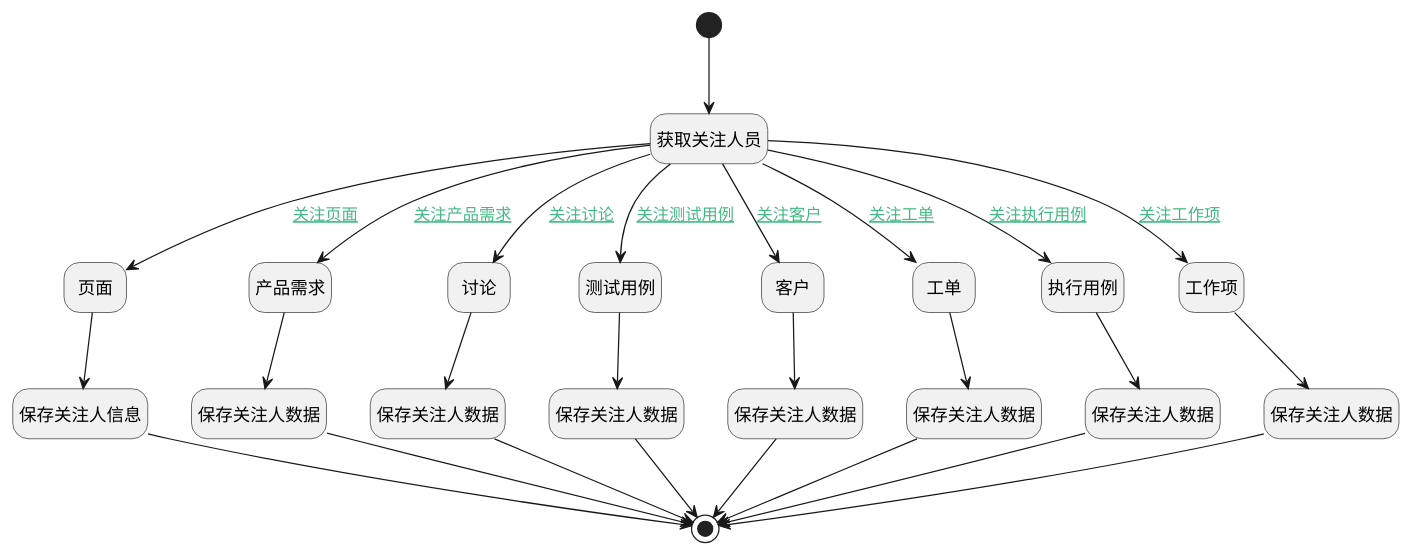
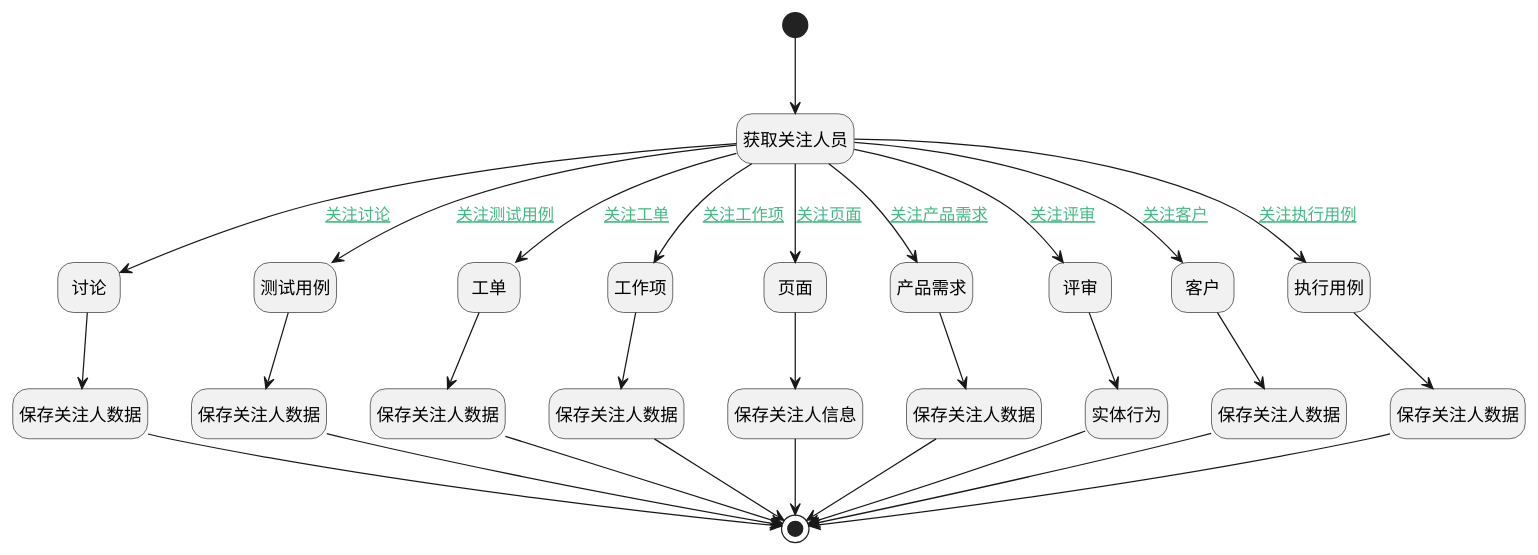
The diagram in doc/docsify/module/ProjMgmt/work_item/uilogic/attention_personnel_update.md (iBizLab/plm), drawn with PlantUML before and after one commit. The commit also changed other lines of this file and 2688 other files, not shown here.

````diff
--- a/doc/docsify/module/ProjMgmt/work_item/uilogic/attention_personnel_update.md
+++ b/doc/docsify/module/ProjMgmt/work_item/uilogic/attention_personnel_update.md
@@ -7,60 +7,65 @@
 ```plantuml
 @startuml
 hide footbox
 <style>
 root {
   HyperlinkColor #42b983
 }
 </style>
 
 hide empty description
 state "开始" as Begin <<start>> [[$./attention_personnel_update#begin {开始}]]
+state "讨论" as PREPAREJSPARAM9  [[$./attention_personnel_update#preparejsparam9 {讨论}]]
+state "获取关注人员" as PREPAREJSPARAM2  [[$./attention_personnel_update#preparejsparam2 {获取关注人员}]]
+state "测试用例" as PREPAREJSPARAM7  [[$./attention_personnel_update#preparejsparam7 {测试用例}]]
+state "工单" as PREPAREJSPARAM4  [[$./attention_personnel_update#preparejsparam4 {工单}]]
+state "保存关注人信息" as DEACTION7  [[$./attention_personnel_update#deaction7 {保存关注人信息}]]
+state "保存关注人数据" as DEACTION8  [[$./attention_personnel_update#deaction8 {保存关注人数据}]]
+state "保存关注人数据" as DEACTION5  [[$./attention_personnel_update#deaction5 {保存关注人数据}]]
+state "工作项" as PREPAREJSPARAM1  [[$./attention_personnel_update#preparejsparam1 {工作项}]]
+state "保存关注人数据" as DEACTION2  [[$./attention_personnel_update#deaction2 {保存关注人数据}]]
+state "结束" as END1 <<end>> [[$./attention_personnel_update#end1 {结束}]]
+state "页面" as PREPAREJSPARAM8  [[$./attention_personnel_update#preparejsparam8 {页面}]]
+state "实体行为" as DEACTION9  [[$./attention_personnel_update#deaction9 {实体行为}]]
+state "产品需求" as PREPAREJSPARAM3  [[$./attention_personnel_update#preparejsparam3 {产品需求}]]
+state "保存关注人数据" as DEACTION1  [[$./attention_personnel_update#deaction1 {保存关注人数据}]]
+state "保存关注人数据" as DEACTION4  [[$./attention_personnel_update#deaction4 {保存关注人数据}]]
+state "保存关注人数据" as DEACTION3  [[$./attention_personnel_update#deaction3 {保存关注人数据}]]
+state "评审" as PREPAREJSPARAM10  [[$./attention_personnel_update#preparejsparam10 {评审}]]
+state "客户" as PREPAREJSPARAM5  [[$./attention_personnel_update#preparejsparam5 {客户}]]
 state "保存关注人数据" as DEACTION6  [[$./attention_personnel_update#deaction6 {保存关注人数据}]]
-state "获取关注人员" as PREPAREJSPARAM2  [[$./attention_personnel_update#preparejsparam2 {获取关注人员}]]
-state "保存关注人数据" as DEACTION2  [[$./attention_personnel_update#deaction2 {保存关注人数据}]]
-state "页面" as PREPAREJSPARAM8  [[$./attention_personnel_update#preparejsparam8 {页面}]]
-state "产品需求" as PREPAREJSPARAM3  [[$./attention_personnel_update#preparejsparam3 {产品需求}]]
-state "讨论" as PREPAREJSPARAM9  [[$./attention_personnel_update#preparejsparam9 {讨论}]]
-state "测试用例" as PREPAREJSPARAM7  [[$./attention_personnel_update#preparejsparam7 {测试用例}]]
-state "保存关注人信息" as DEACTION7  [[$./attention_personnel_update#deaction7 {保存关注人信息}]]
-state "客户" as PREPAREJSPARAM5  [[$./attention_personnel_update#preparejsparam5 {客户}]]
-state "保存关注人数据" as DEACTION1  [[$./attention_personnel_update#deaction1 {保存关注人数据}]]
-state "工单" as PREPAREJSPARAM4  [[$./attention_personnel_update#preparejsparam4 {工单}]]
-state "保存关注人数据" as DEACTION5  [[$./attention_personnel_update#deaction5 {保存关注人数据}]]
-state "保存关注人数据" as DEACTION8  [[$./attention_personnel_update#deaction8 {保存关注人数据}]]
-state "保存关注人数据" as DEACTION3  [[$./attention_personnel_update#deaction3 {保存关注人数据}]]
 state "执行用例" as PREPAREJSPARAM6  [[$./attention_personnel_update#preparejsparam6 {执行用例}]]
-state "工作项" as PREPAREJSPARAM1  [[$./attention_personnel_update#preparejsparam1 {工作项}]]
-state "保存关注人数据" as DEACTION4  [[$./attention_personnel_update#deaction4 {保存关注人数据}]]
-state "结束" as END1 <<end>> [[$./attention_personnel_update#end1 {结束}]]
 
 
 Begin --> PREPAREJSPARAM2
 PREPAREJSPARAM2 --> PREPAREJSPARAM1 : [[$./attention_personnel_update#preparejsparam2-preparejsparam1{关注工作项} 关注工作项]]
 PREPAREJSPARAM1 --> DEACTION1
 DEACTION1 --> END1
 PREPAREJSPARAM2 --> PREPAREJSPARAM3 : [[$./attention_personnel_update#preparejsparam2-preparejsparam3{关注产品需求} 关注产品需求]]
 PREPAREJSPARAM3 --> DEACTION2
 DEACTION2 --> END1
 PREPAREJSPARAM2 --> PREPAREJSPARAM4 : [[$./attention_personnel_update#preparejsparam2-preparejsparam4{关注工单} 关注工单]]
 PREPAREJSPARAM4 --> DEACTION3
 DEACTION3 --> END1
 PREPAREJSPARAM2 --> PREPAREJSPARAM5 : [[$./attention_personnel_update#preparejsparam2-preparejsparam5{关注客户} 关注客户]]
 PREPAREJSPARAM5 --> DEACTION4
 DEACTION4 --> END1
 PREPAREJSPARAM2 --> PREPAREJSPARAM7 : [[$./attention_personnel_update#preparejsparam2-preparejsparam7{关注测试用例} 关注测试用例]]
 PREPAREJSPARAM7 --> DEACTION5
 DEACTION5 --> END1
 PREPAREJSPARAM2 --> PREPAREJSPARAM6 : [[$./attention_personnel_update#preparejsparam2-preparejsparam6{关注执行用例} 关注执行用例]]
 PREPAREJSPARAM6 --> DEACTION6
 DEACTION6 --> END1
 PREPAREJSPARAM2 --> PREPAREJSPARAM8 : [[$./attention_personnel_update#preparejsparam2-preparejsparam8{关注页面} 关注页面]]
 PREPAREJSPARAM8 --> DEACTION7
 DEACTION7 --> END1
 PREPAREJSPARAM2 --> PREPAREJSPARAM9 : [[$./attention_personnel_update#preparejsparam2-preparejsparam9{关注讨论} 关注讨论]]
 PREPAREJSPARAM9 --> DEACTION8
 DEACTION8 --> END1
+PREPAREJSPARAM2 --> PREPAREJSPARAM10 : [[$./attention_personnel_update#preparejsparam2-preparejsparam10{关注评审} 关注评审]]
+PREPAREJSPARAM10 --> DEACTION9
+DEACTION9 --> END1
 
 
 @enduml
 ```
````
